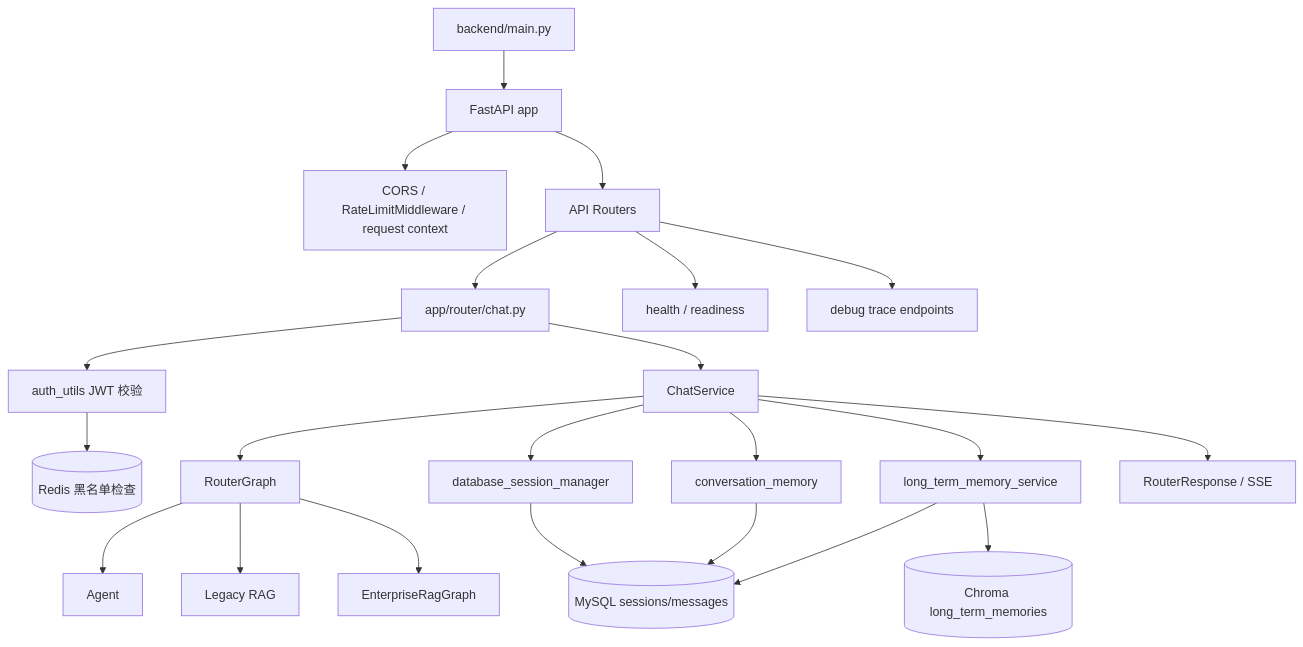
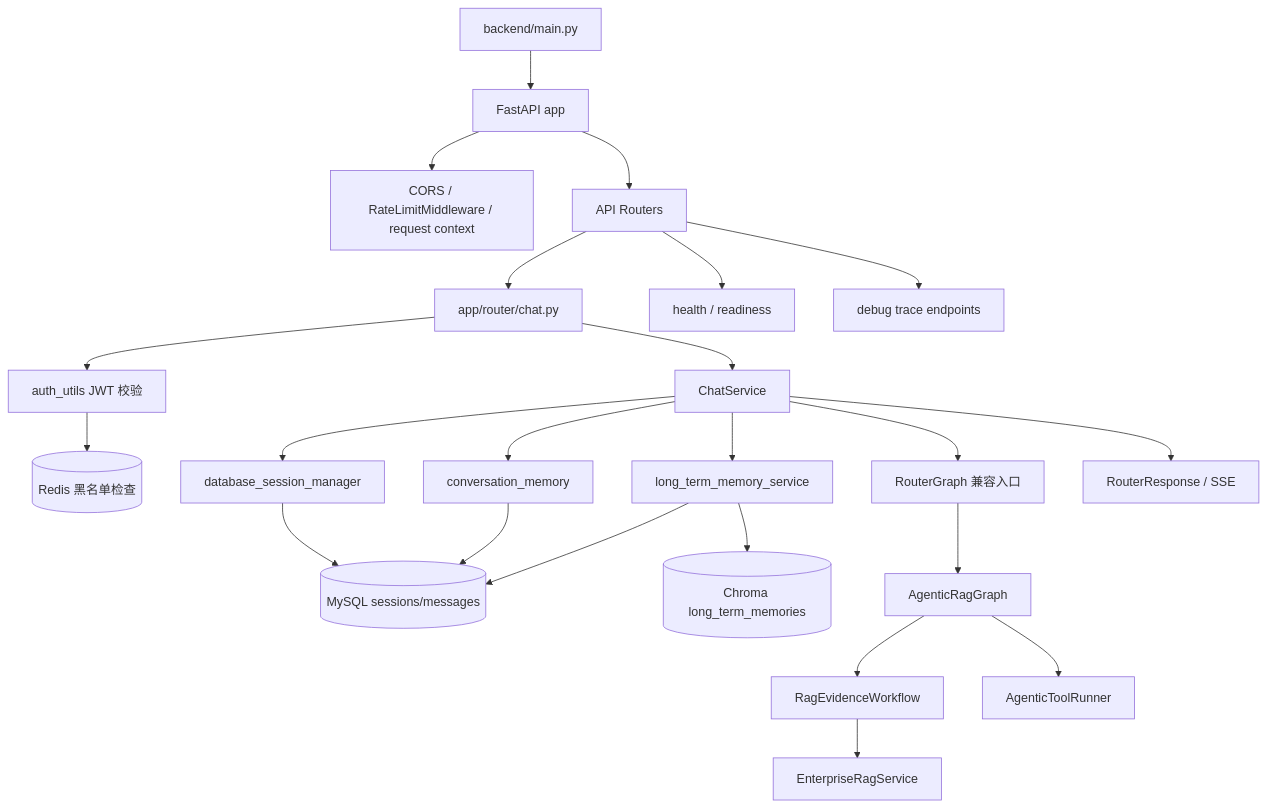
Before and after one commit to Aria-doufan/NexusKB-: the fifth of 15 diagrams in docs/project_guide/NEXUSKB_PROJECT_FLOWCHARTS.md, drawn with Mermaid. The commit also changed other lines of this file and 13 other files, not shown here.

Commit message:
Document Agentic RAG mainline ownership

````diff
--- a/docs/project_guide/NEXUSKB_PROJECT_FLOWCHARTS.md
+++ b/docs/project_guide/NEXUSKB_PROJECT_FLOWCHARTS.md
@@ -151,30 +154,31 @@
 ```mermaid
 flowchart TD
     Main[backend/main.py] --> FastAPIApp[FastAPI app]
     FastAPIApp --> Middleware[CORS / RateLimitMiddleware / request context]
     FastAPIApp --> Routers[API Routers]
 
     Routers --> ChatRouter[app/router/chat.py]
     Routers --> Health[health / readiness]
     Routers --> Debug[debug trace endpoints]
 
     ChatRouter --> Auth[auth_utils JWT 校验]
     Auth --> Redis[(Redis 黑名单检查)]
     ChatRouter --> ChatService[ChatService]
 
-    ChatService --> RouterGraph[RouterGraph]
+    ChatService --> RouterGraph[RouterGraph 兼容入口]
     ChatService --> SessionManager[database_session_manager]
     ChatService --> ConversationMemory[conversation_memory]
     ChatService --> LongTermMemory[long_term_memory_service]
 
     SessionManager --> MySQL[(MySQL sessions/messages)]
     ConversationMemory --> MySQL
     LongTermMemory --> MySQL
     LongTermMemory --> Chroma[(Chroma long_term_memories)]
 
-    RouterGraph --> Agent[Agent]
-    RouterGraph --> LegacyRAG[Legacy RAG]
-    RouterGraph --> EnterpriseRAG[EnterpriseRagGraph]
+    RouterGraph --> AgenticGraph[AgenticRagGraph]
+    AgenticGraph --> EvidenceWorkflow[RagEvidenceWorkflow]
+    AgenticGraph --> ToolRunner[AgenticToolRunner]
+    EvidenceWorkflow --> EnterpriseRAG[EnterpriseRagService]
 
     ChatService --> Response[RouterResponse / SSE]
 ```
````
